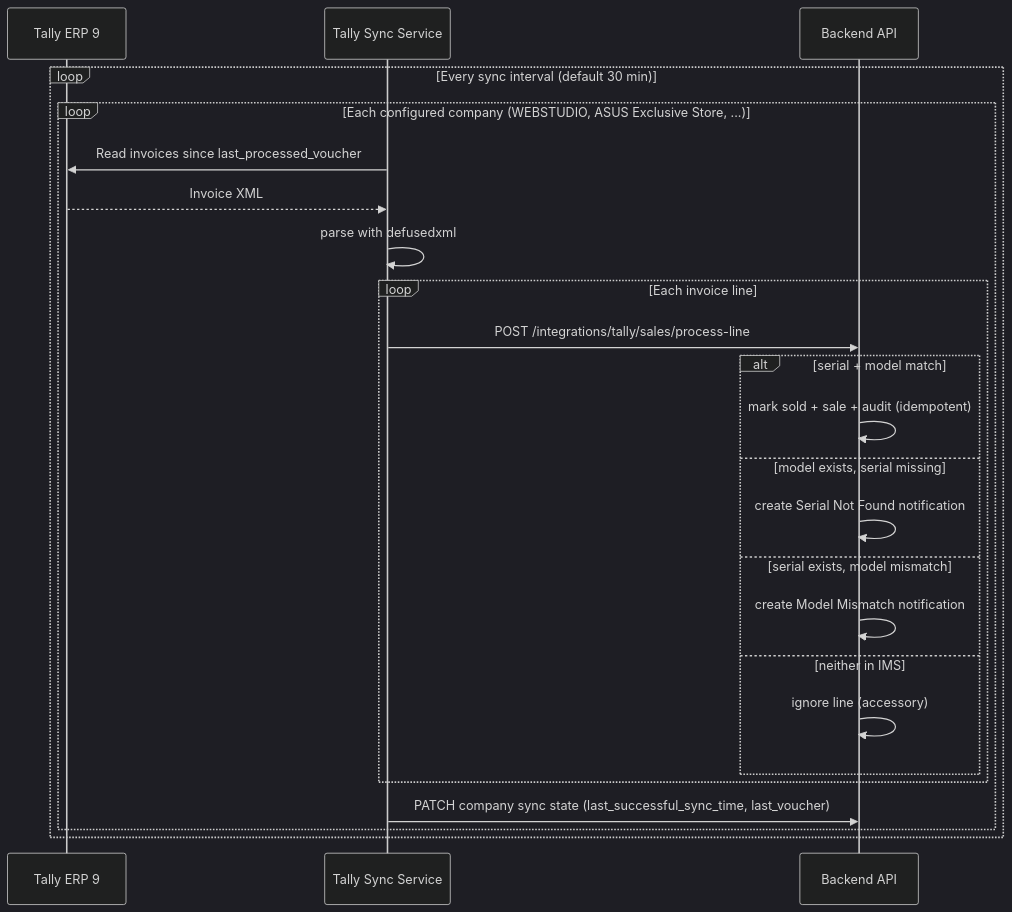
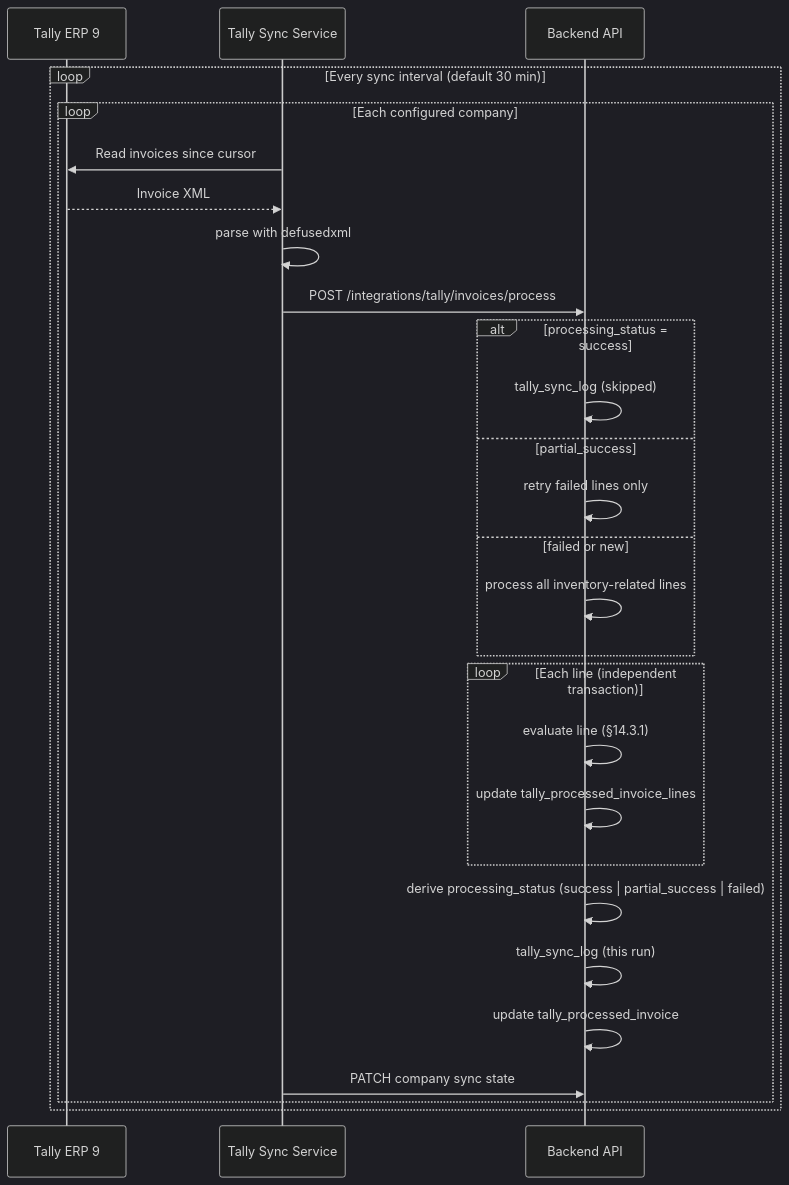
One commit to gptsmarth/Webstudio-IMS changed diagram 17 of 21 in docs/SYSTEM_ARCHITECTURE.md. Above: the diagram before and after it, drawn with Mermaid (dark theme). The commit also changed other lines of this file and 462 other files, not shown here.

First line of the commit message:
Milestone: post-Tally integration and desktop UI completion.

````diff
--- a/docs/SYSTEM_ARCHITECTURE.md
+++ b/docs/SYSTEM_ARCHITECTURE.md
@@ -1442,27 +1449,30 @@
 ```mermaid
 sequenceDiagram
     participant T as Tally ERP 9
     participant S as Tally Sync Service
     participant A as Backend API
 
     loop Every sync interval (default 30 min)
-        loop Each configured company (WEBSTUDIO, ASUS Exclusive Store, ...)
-            S->>T: Read invoices since last_processed_voucher
+        loop Each configured company
+            S->>T: Read invoices since cursor
             T-->>S: Invoice XML
             S->>S: parse with defusedxml
-            loop Each invoice line
-                S->>A: POST /integrations/tally/sales/process-line
-                alt serial + model match
-                    A->>A: mark sold + sale + audit (idempotent)
-                else model exists, serial missing
-                    A->>A: create Serial Not Found notification
-                else serial exists, model mismatch
-                    A->>A: create Model Mismatch notification
-                else neither in IMS
-                    A->>A: ignore line (accessory)
-                end
+            S->>A: POST /integrations/tally/invoices/process
+            alt processing_status = success
+                A->>A: tally_sync_log (skipped)
+            else partial_success
+                A->>A: retry failed lines only
+            else failed or new
+                A->>A: process all inventory-related lines
             end
-            S->>A: PATCH company sync state (last_successful_sync_time, last_voucher)
+            loop Each line (independent transaction)
+                A->>A: evaluate line (§14.3.1)
+                A->>A: update tally_processed_invoice_lines
+            end
+            A->>A: derive processing_status (success | partial_success | failed)
+            A->>A: tally_sync_log (this run)
+            A->>A: update tally_processed_invoice
+            S->>A: PATCH company sync state
         end
     end
 ```
````
